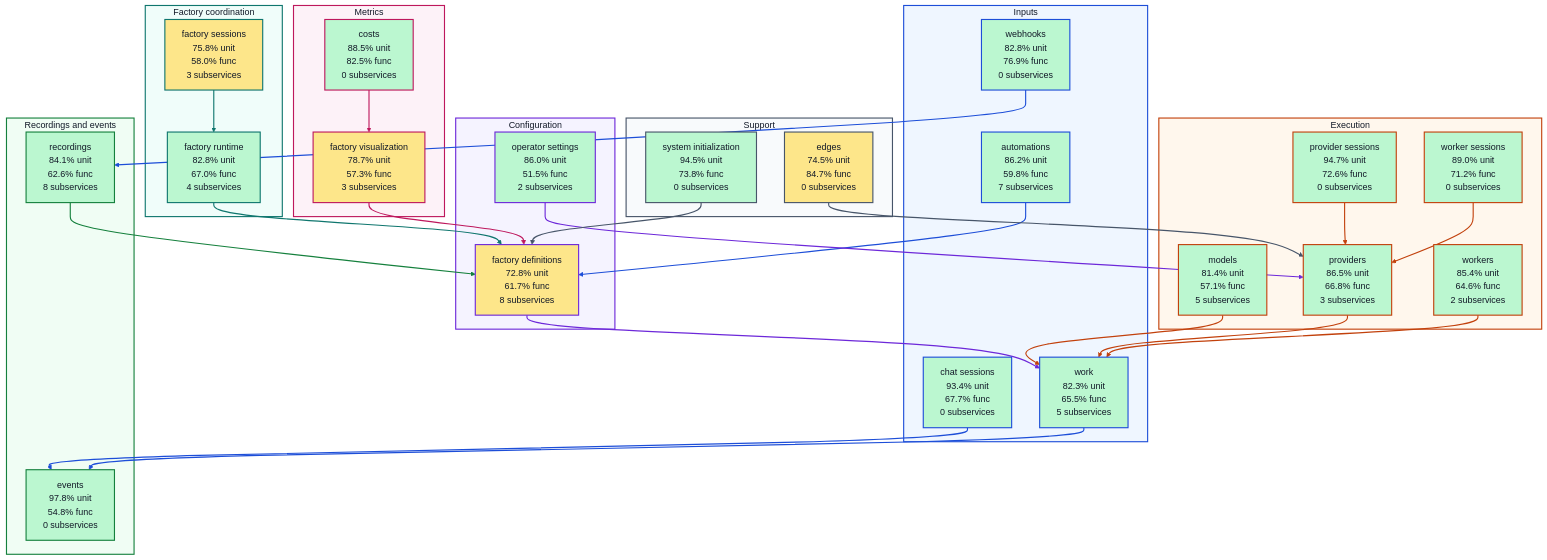
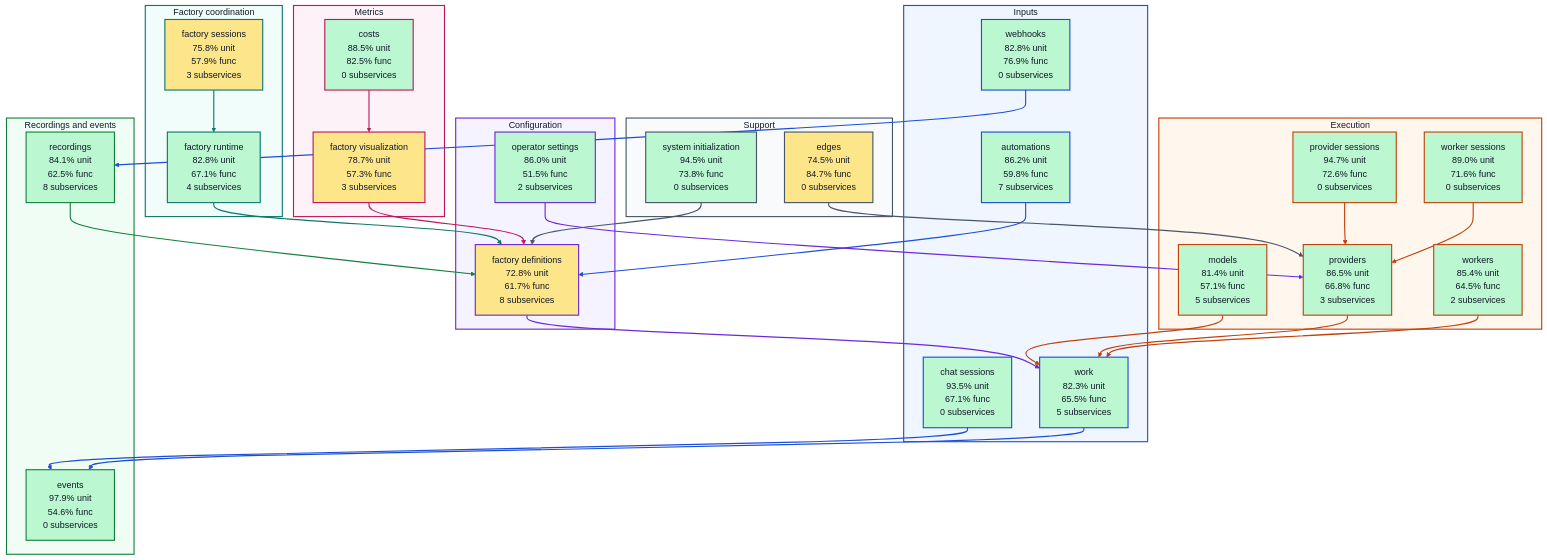
The diagram in docs/architecture/visualizations/high-level-test-coverage.md (portpowered/you-agent-factory), drawn with Mermaid before and after one commit. The commit also changed other lines of this file and 19 other files, not shown here.

Commit message:
docs: refresh backend architecture visualizations

```diff
--- a/docs/architecture/visualizations/high-level-test-coverage.md
+++ b/docs/architecture/visualizations/high-level-test-coverage.md
@@ -12,7 +12,7 @@
 flowchart TB
   subgraph input["Inputs"]
     s_services_automations["automations<br/>86.2% unit<br/>59.8% func<br/>7 subservices"]
-    s_services_chat_sessions["chat sessions<br/>93.4% unit<br/>67.7% func<br/>0 subservices"]
+    s_services_chat_sessions["chat sessions<br/>93.5% unit<br/>67.1% func<br/>0 subservices"]
     s_services_webhooks["webhooks<br/>82.8% unit<br/>76.9% func<br/>0 subservices"]
     s_services_work["work<br/>82.3% unit<br/>65.5% func<br/>5 subservices"]
   end
@@ -21,19 +21,19 @@
     s_services_operator_settings["operator settings<br/>86.0% unit<br/>51.5% func<br/>2 subservices"]
   end
   subgraph coordination["Factory coordination"]
-    s_services_factory_runtime["factory runtime<br/>82.8% unit<br/>67.0% func<br/>4 subservices"]
-    s_services_factory_sessions["factory sessions<br/>75.8% unit<br/>58.0% func<br/>3 subservices"]
+    s_services_factory_runtime["factory runtime<br/>82.8% unit<br/>67.1% func<br/>4 subservices"]
+    s_services_factory_sessions["factory sessions<br/>75.8% unit<br/>57.9% func<br/>3 subservices"]
   end
   subgraph execution["Execution"]
     s_services_models["models<br/>81.4% unit<br/>57.1% func<br/>5 subservices"]
     s_services_provider_sessions["provider sessions<br/>94.7% unit<br/>72.6% func<br/>0 subservices"]
     s_services_providers["providers<br/>86.5% unit<br/>66.8% func<br/>3 subservices"]
-    s_services_worker_sessions["worker sessions<br/>89.0% unit<br/>71.2% func<br/>0 subservices"]
-    s_services_workers["workers<br/>85.4% unit<br/>64.6% func<br/>2 subservices"]
+    s_services_worker_sessions["worker sessions<br/>89.0% unit<br/>71.6% func<br/>0 subservices"]
+    s_services_workers["workers<br/>85.4% unit<br/>64.5% func<br/>2 subservices"]
   end
   subgraph recordings["Recordings and events"]
-    s_services_events["events<br/>97.8% unit<br/>54.8% func<br/>0 subservices"]
-    s_services_recordings["recordings<br/>84.1% unit<br/>62.6% func<br/>8 subservices"]
+    s_services_events["events<br/>97.9% unit<br/>54.6% func<br/>0 subservices"]
+    s_services_recordings["recordings<br/>84.1% unit<br/>62.5% func<br/>8 subservices"]
   end
   subgraph metrics["Metrics"]
     s_services_costs["costs<br/>88.5% unit<br/>82.5% func<br/>0 subservices"]
```
